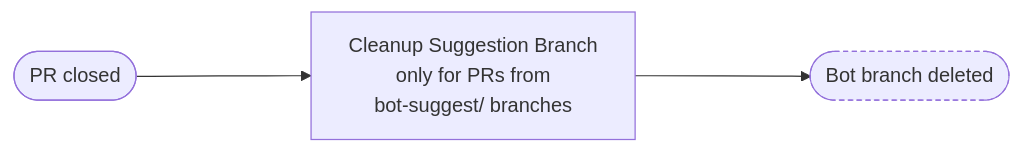
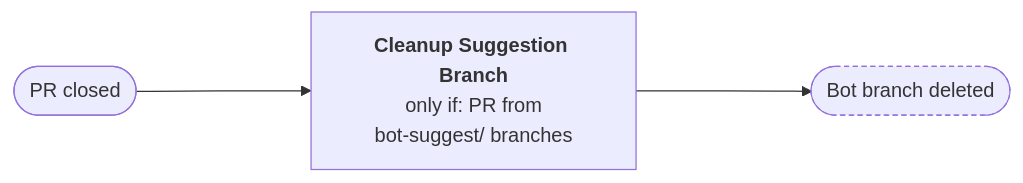
One commit to nfdi4health/dsSupportClient changed the second of 5 diagrams in .github/workflow-graphs/README.md. Above: the diagram before and after it, drawn with Mermaid. The commit also changed other lines of this file, not shown here.

Commit message:
docs: update workflow diagrams

````diff
--- a/.github/workflow-graphs/README.md
+++ b/.github/workflow-graphs/README.md
@@ -70,10 +72,10 @@
 ```mermaid
 %%{init: {"flowchart": {"rankSpacing": 140, "nodeSpacing": 45}}}%%
 flowchart LR
   ev(["PR closed"])
-  wf_cleanup_suggestion_branch_yml["Cleanup Suggestion Branch<br/>only for PRs from<br/>bot-suggest/ branches"]
+  wf_cleanup_suggestion_branch_yml["<b>Cleanup Suggestion Branch</b><br/>only if: PR from<br/>bot-suggest/ branches"]
   ev --> wf_cleanup_suggestion_branch_yml
   out_1(["Bot branch deleted"]):::outcome
   wf_cleanup_suggestion_branch_yml --> out_1
   classDef outcome stroke-dasharray: 4 3
 ```
````
